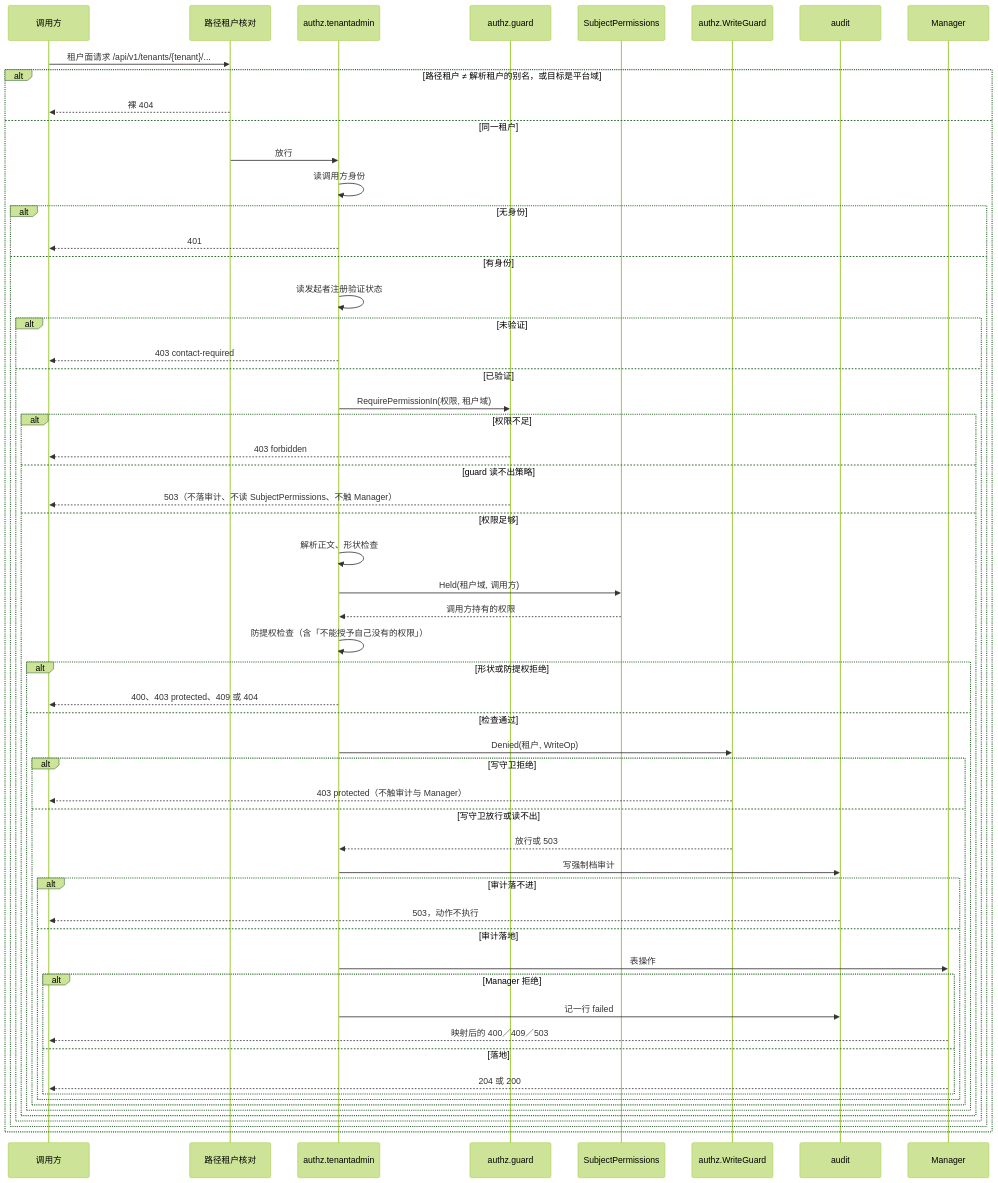
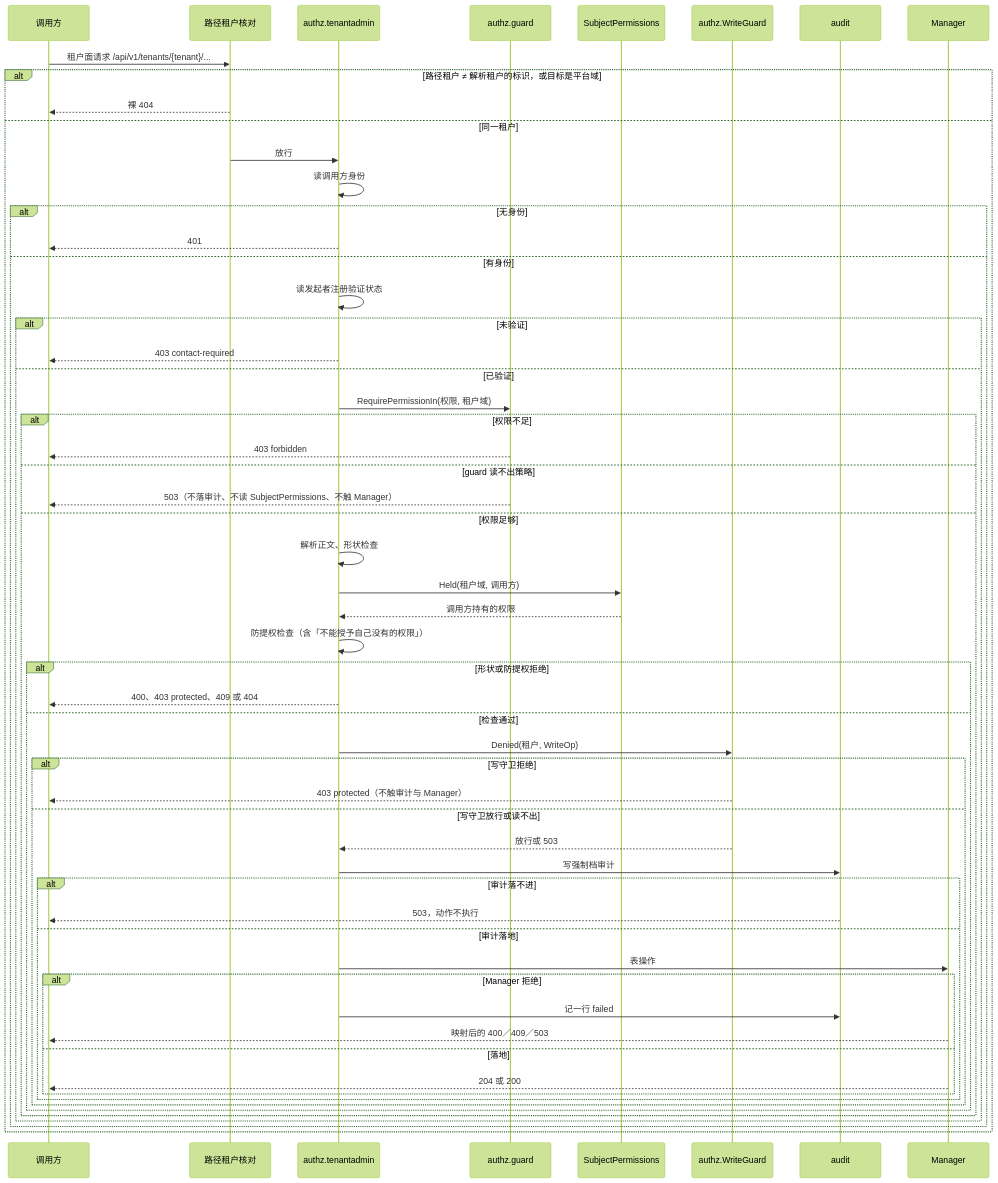
Before and after one commit to wangzw/speed: the fourth of 4 diagrams in docs/design/modules/design-authz.md, drawn with Mermaid (forest theme). The commit also changed other lines of this file and 3 other files, not shown here.

````diff
--- a/docs/design/modules/design-authz.md
+++ b/docs/design/modules/design-authz.md
@@ -740,61 +740,61 @@
 ```mermaid
 sequenceDiagram
     participant C as 调用方
     participant M as 路径租户核对
     participant H as authz.tenantadmin
     participant G as authz.guard
     participant S as SubjectPermissions
     participant W as authz.WriteGuard
     participant A as audit
     participant P as Manager
 
     C->>M: 租户面请求 /api/v1/tenants/{tenant}/...
-    alt 路径租户 ≠ 解析租户的别名，或目标是平台域
+    alt 路径租户 ≠ 解析租户的标识，或目标是平台域
         M-->>C: 裸 404
     else 同一租户
         M->>H: 放行
         H->>H: 读调用方身份
         alt 无身份
             H-->>C: 401
         else 有身份
             H->>H: 读发起者注册验证状态
             alt 未验证
                 H-->>C: 403 contact-required
             else 已验证
                 H->>G: RequirePermissionIn(权限, 租户域)
                 alt 权限不足
                     G-->>C: 403 forbidden
                 else guard 读不出策略
                     G-->>C: 503（不落审计、不读 SubjectPermissions、不触 Manager）
                 else 权限足够
                     H->>H: 解析正文、形状检查
                     H->>S: Held(租户域, 调用方)
                     S-->>H: 调用方持有的权限
                     H->>H: 防提权检查（含「不能授予自己没有的权限」）
                     alt 形状或防提权拒绝
                         H-->>C: 400、403 protected、409 或 404
                     else 检查通过
                         H->>W: Denied(租户, WriteOp)
                         alt 写守卫拒绝
                             W-->>C: 403 protected（不触审计与 Manager）
                         else 写守卫放行或读不出
                             W-->>H: 放行或 503
                             H->>A: 写强制档审计
                             alt 审计落不进
                                 A-->>C: 503，动作不执行
                             else 审计落地
                                 H->>P: 表操作
                                 alt Manager 拒绝
                                     H->>A: 记一行 failed
                                     P-->>C: 映射后的 400／409／503
                                 else 落地
                                     P-->>C: 204 或 200
                                 end
                             end
                         end
                     end
                 end
             end
         end
     end
 ```
````
